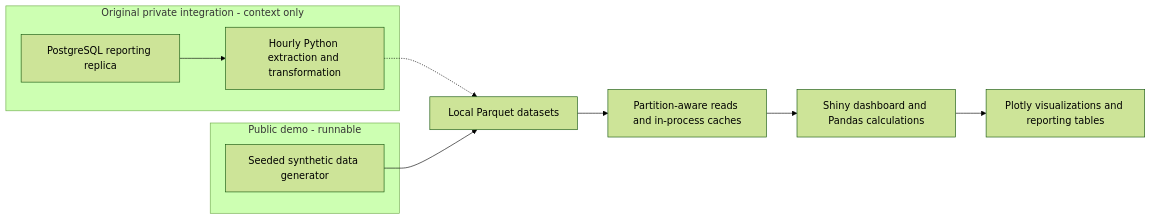
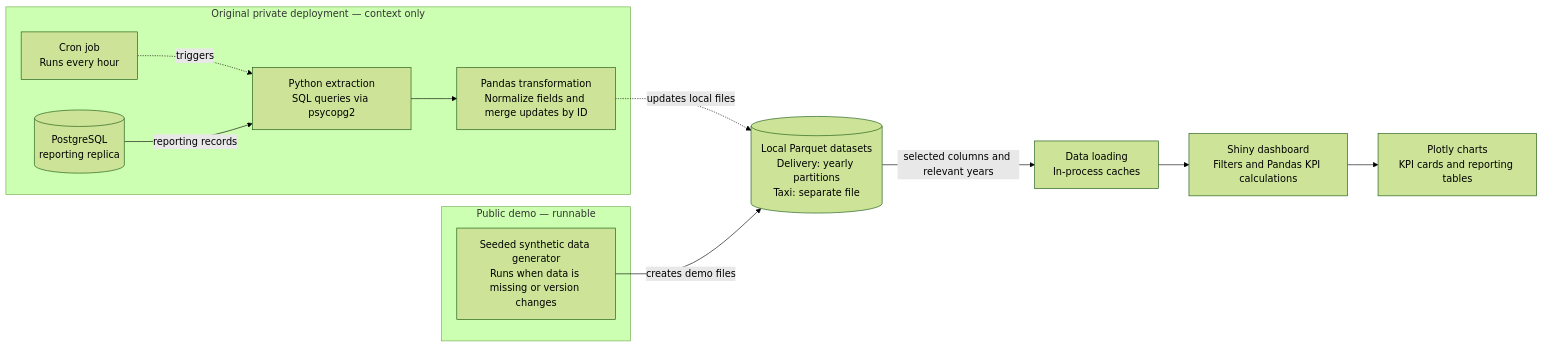
Before and after one commit to basharssalman/order-and-taxi-performance-dashboard-demo: the diagram in README.md, drawn with Mermaid (forest theme). The commit also changed other lines of this file, not shown here.

Commit message:
Clarify extraction and hourly sync architecture

````diff
--- a/README.md
+++ b/README.md
@@ -36,14 +36,16 @@
 ```mermaid
 flowchart LR
-    subgraph Original[Original private integration - context only]
-        PG[PostgreSQL reporting replica] --> ETL[Hourly Python extraction and transformation]
+    subgraph Original["Original private deployment — context only"]
+        CRON["Cron job<br/>Runs every hour"] -.->|triggers| EXTRACT["Python extraction<br/>SQL queries via psycopg2"]
+        PG[("PostgreSQL<br/>reporting replica")] -->|reporting records| EXTRACT
+        EXTRACT --> TRANSFORM["Pandas transformation<br/>Normalize fields and merge updates by ID"]
     end
-    subgraph Demo[Public demo - runnable]
-        GEN[Seeded synthetic data generator]
+    subgraph Demo["Public demo — runnable"]
+        GEN["Seeded synthetic data generator<br/>Runs when data is missing or version changes"]
     end
-    ETL -.-> FILES[Local Parquet datasets]
-    GEN --> FILES
-    FILES --> LOAD[Partition-aware reads and in-process caches]
-    LOAD --> APP[Shiny dashboard and Pandas calculations]
-    APP --> PLOT[Plotly visualizations and reporting tables]
+    TRANSFORM -.->|updates local files| FILES[("Local Parquet datasets<br/>Delivery: yearly partitions<br/>Taxi: separate file")]
+    GEN -->|creates demo files| FILES
+    FILES -->|selected columns and relevant years| LOAD["Data loading<br/>In-process caches"]
+    LOAD --> APP["Shiny dashboard<br/>Filters and Pandas KPI calculations"]
+    APP --> VIEW["Plotly charts<br/>KPI cards and reporting tables"]
 ```
````
